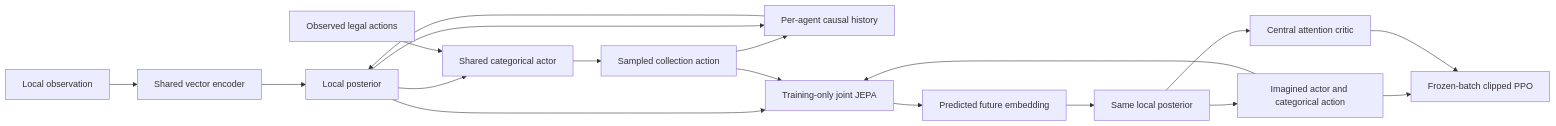
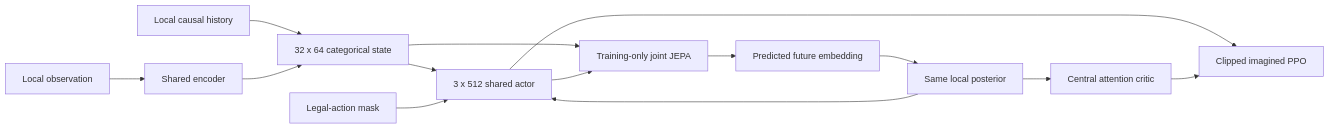
One commit to bkaplowitz/wm-marl changed the diagram in docs/architecture.md. Above: the diagram before and after it, drawn with Mermaid. The commit also changed other lines of this file and 28 other files, not shown here.

````diff
--- a/docs/architecture.md
+++ b/docs/architecture.md
@@ -9,20 +7,16 @@
 ```mermaid
 flowchart LR
-  O[Local observation] --> E[Shared vector encoder]
-  E --> Q[Local posterior]
-  H[Per-agent causal history] --> Q
-  Q --> P[Shared categorical actor]
-  M[Observed legal actions] --> P
-  P --> A[Sampled collection action]
-  A --> H
-  Q --> H
-  Q --> J[Training-only joint JEPA]
+  O[Local observation] --> E[Shared encoder]
+  H[Local causal history] --> Z[32 x 64 categorical state]
+  E --> Z
+  Z --> A[3 x 512 shared actor]
+  M[Legal-action mask] --> A
+  Z --> J[Training-only joint JEPA]
   A --> J
-  J --> EP[Predicted future embedding]
-  EP --> QP[Same local posterior]
-  QP --> IP[Imagined actor and categorical action]
-  IP --> J
-  QP --> V[Central attention critic]
-  IP --> PPO[Frozen-batch clipped PPO]
-  V --> PPO
+  J --> F[Predicted future embedding]
+  F --> Z2[Same local posterior]
+  Z2 --> A
+  Z2 --> C[Central attention critic]
+  A --> P[Clipped imagined PPO]
+  C --> P
 ```
````
